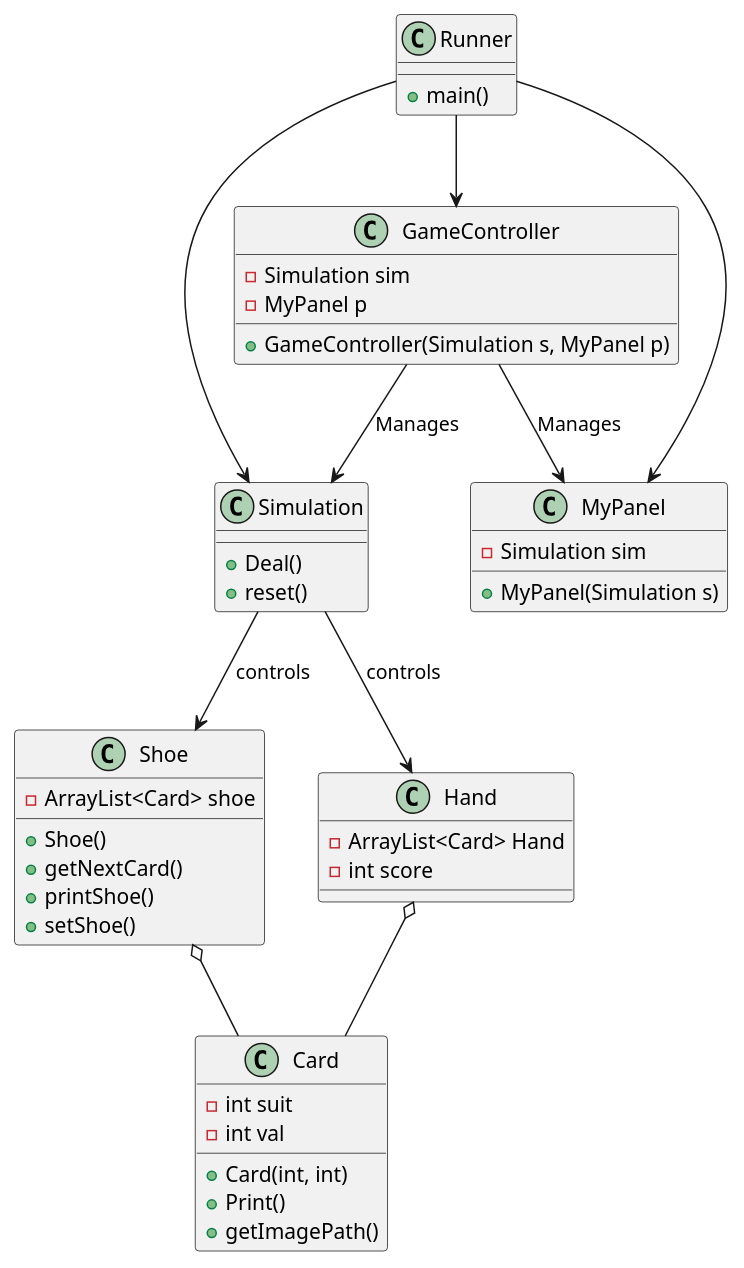
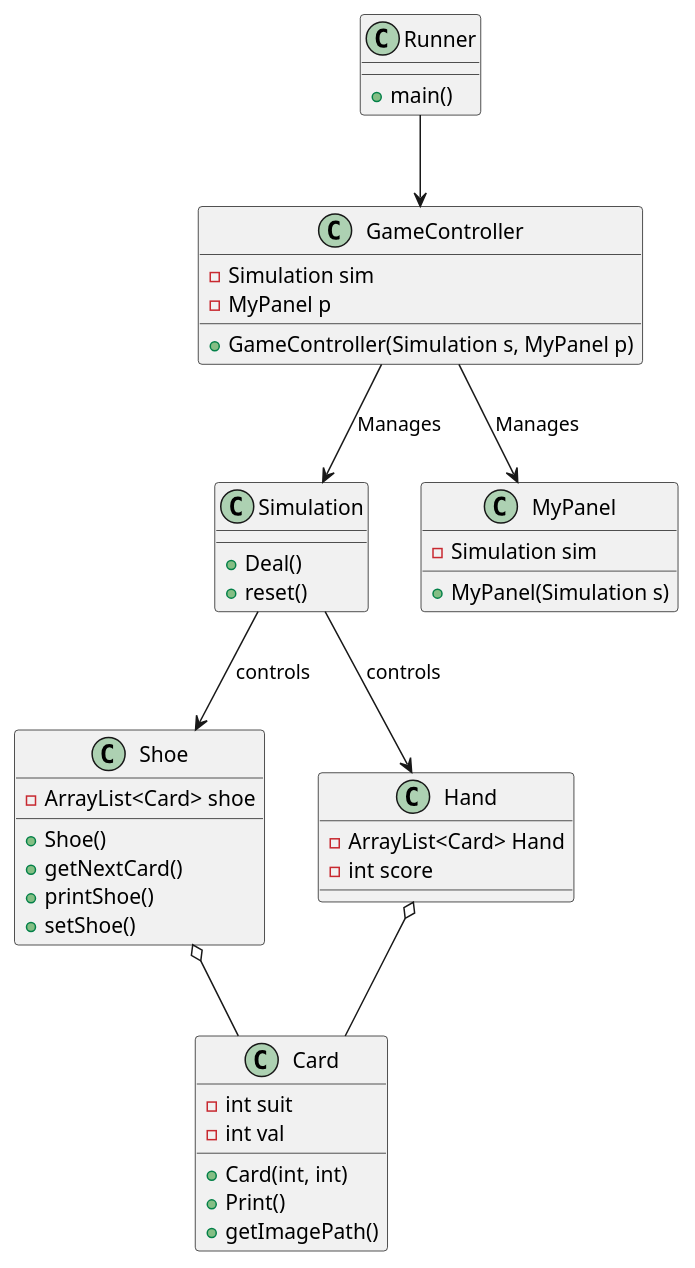
The diagram in src/support/uml/project.puml (Zach-Farrell/blackjack-game), drawn with PlantUML before and after one commit. The commit also changed 4 other files, not shown here.

```diff
--- a/src/support/uml/project.puml
+++ b/src/support/uml/project.puml
@@ -1,54 +1,52 @@
 @startuml
 class Shoe {
     -ArrayList<Card> shoe
     +Shoe()
     +getNextCard()
     +printShoe()
     +setShoe()
 }
 
 class Card {
     +Card(int, int)
     +Print()
     +getImagePath()
     -int suit
     -int val
 }
 
 class Simulation {
     +Deal()
     +reset()
 
 }
 
 class MyPanel {
     +MyPanel(Simulation s)
     -Simulation sim
 }
 
 class Runner {
 	+main()
 }
 
 class GameController {
     +GameController(Simulation s, MyPanel p)
     -Simulation sim
     -MyPanel p
 }
 
 class Hand {
     -ArrayList<Card> Hand
     -int score
     
 }
 
 Shoe o-- Card
 Hand o-- Card
 Simulation --> Shoe : controls
 Simulation --> Hand : controls
-Runner --> MyPanel
-Runner --> Simulation
 Runner --> GameController
 GameController --> MyPanel : Manages
 GameController --> Simulation : Manages
 @enduml
```
